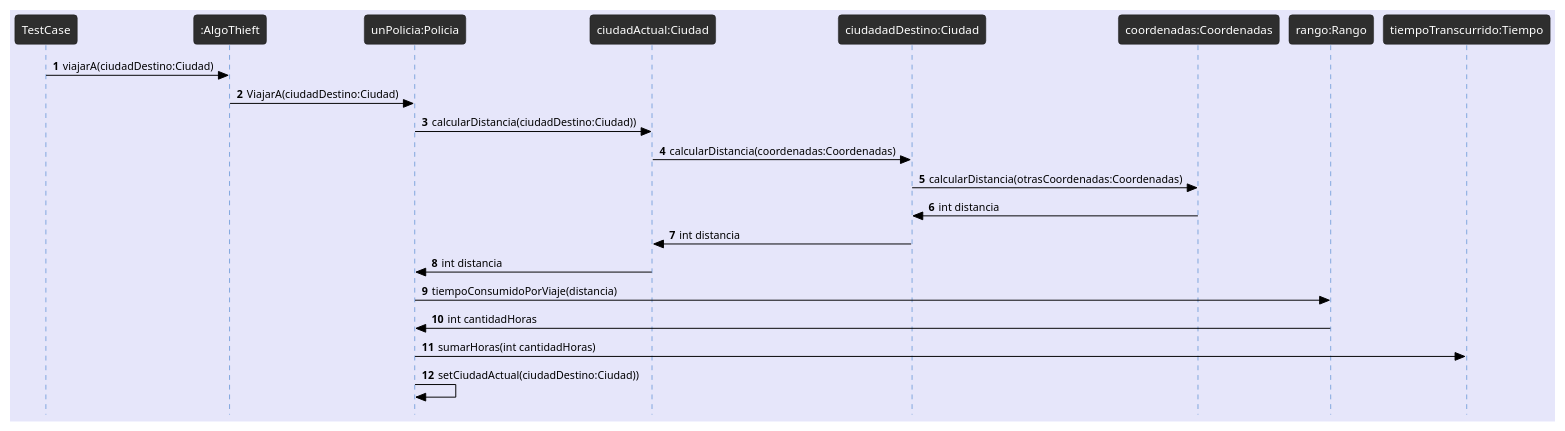
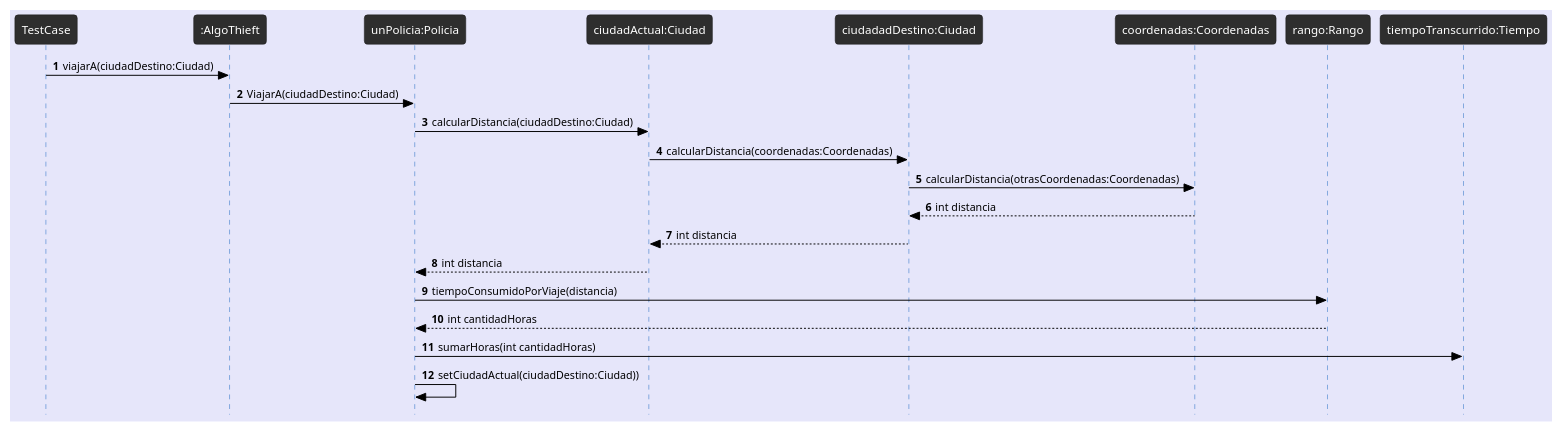
Before and after one commit to avilagaston9/algo3_tp2: the diagram in docs/Diagramas/Secuencia/secuenciaViajar.plantuml, drawn with PlantUML. The commit also changed 14 other files, not shown here.

```diff
--- a/docs/Diagramas/Secuencia/secuenciaViajar.plantuml
+++ b/docs/Diagramas/Secuencia/secuenciaViajar.plantuml
@@ -1,33 +1,33 @@
 @startuml
 !theme reddress-darkblue
 autonumber
 skinparam style strictuml
 skinparam BackGroundColor lavender
 skinparam RoundCorner 7
 skinparam SequenceGroupFontColor black
 skinparam SequenceGroupBorderColor black
 skinparam SequenceGroupBorderThickness 0.5
 skinparam ArrowFontColor black
 skinparam ArrowColor black
 skinparam ActorFontColor black
 skinparam participantFontSize 12
 skinparam SequenceLifeLineBackGroundColor 2e2e2e
 
 TestCase -> ":AlgoThieft" as algoT: viajarA(ciudadDestino:Ciudad)
 algoT -> "unPolicia:Policia" as policia: ViajarA(ciudadDestino:Ciudad)
-policia -> "ciudadActual:Ciudad" as ciudadActual: calcularDistancia(ciudadDestino:Ciudad))
+policia -> "ciudadActual:Ciudad" as ciudadActual: calcularDistancia(ciudadDestino:Ciudad)
 ciudadActual -> "ciudadadDestino:Ciudad" as ciudadDestino: calcularDistancia(coordenadas:Coordenadas)
 ciudadDestino -> "coordenadas:Coordenadas" as coordenadas: calcularDistancia(otrasCoordenadas:Coordenadas)
 
-ciudadDestino <- coordenadas: int distancia
-ciudadActual <- ciudadDestino: int distancia
-policia <- ciudadActual: int distancia
+ciudadDestino <-- coordenadas: int distancia
+ciudadActual <-- ciudadDestino: int distancia
+policia <-- ciudadActual: int distancia
 
 policia -> "rango:Rango" as rango: tiempoConsumidoPorViaje(distancia)
-policia <- rango: int cantidadHoras
+policia <-- rango: int cantidadHoras
 
 policia -> "tiempoTranscurrido:Tiempo" as tiempo: sumarHoras(int cantidadHoras)
 
 policia -> policia: setCiudadActual(ciudadDestino:Ciudad))
 
 @enduml
```
